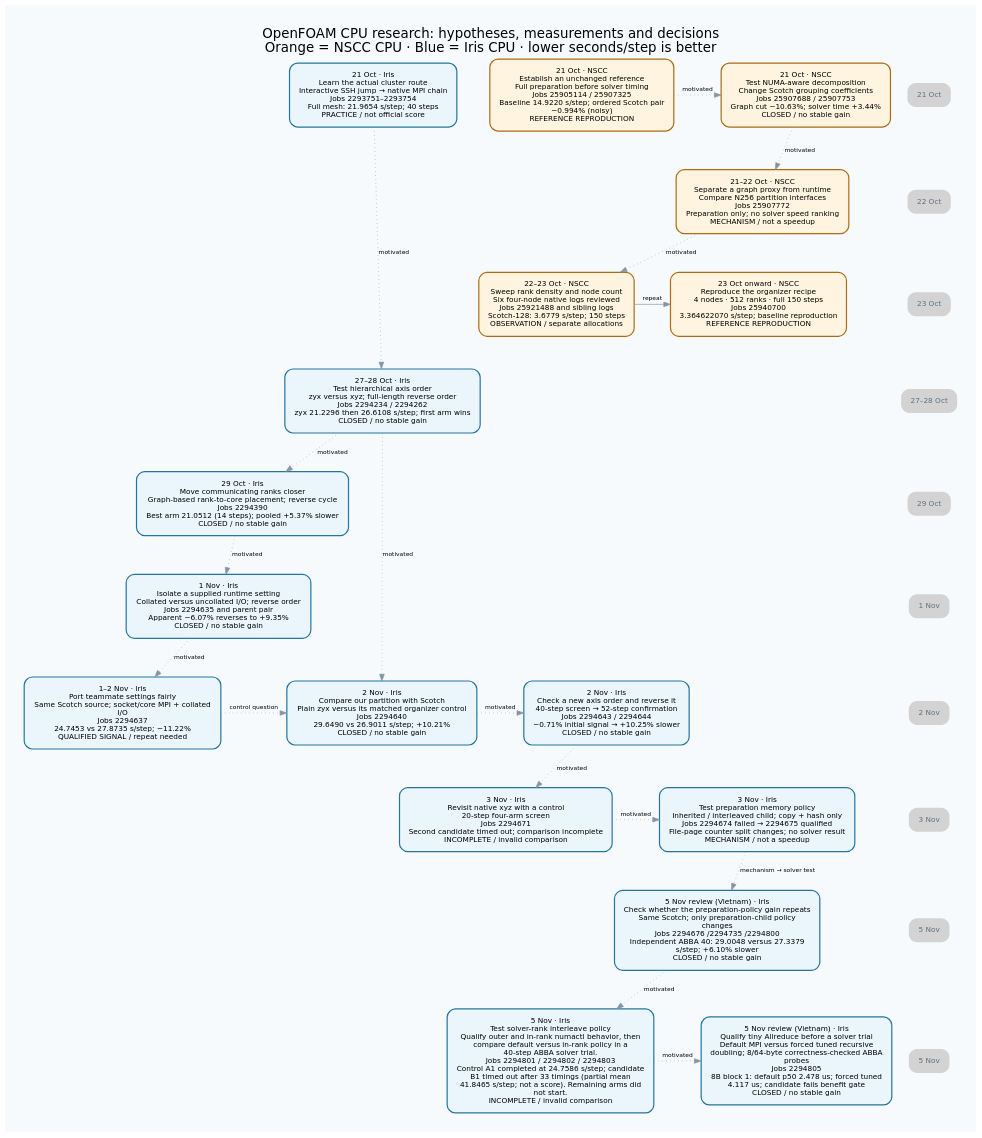
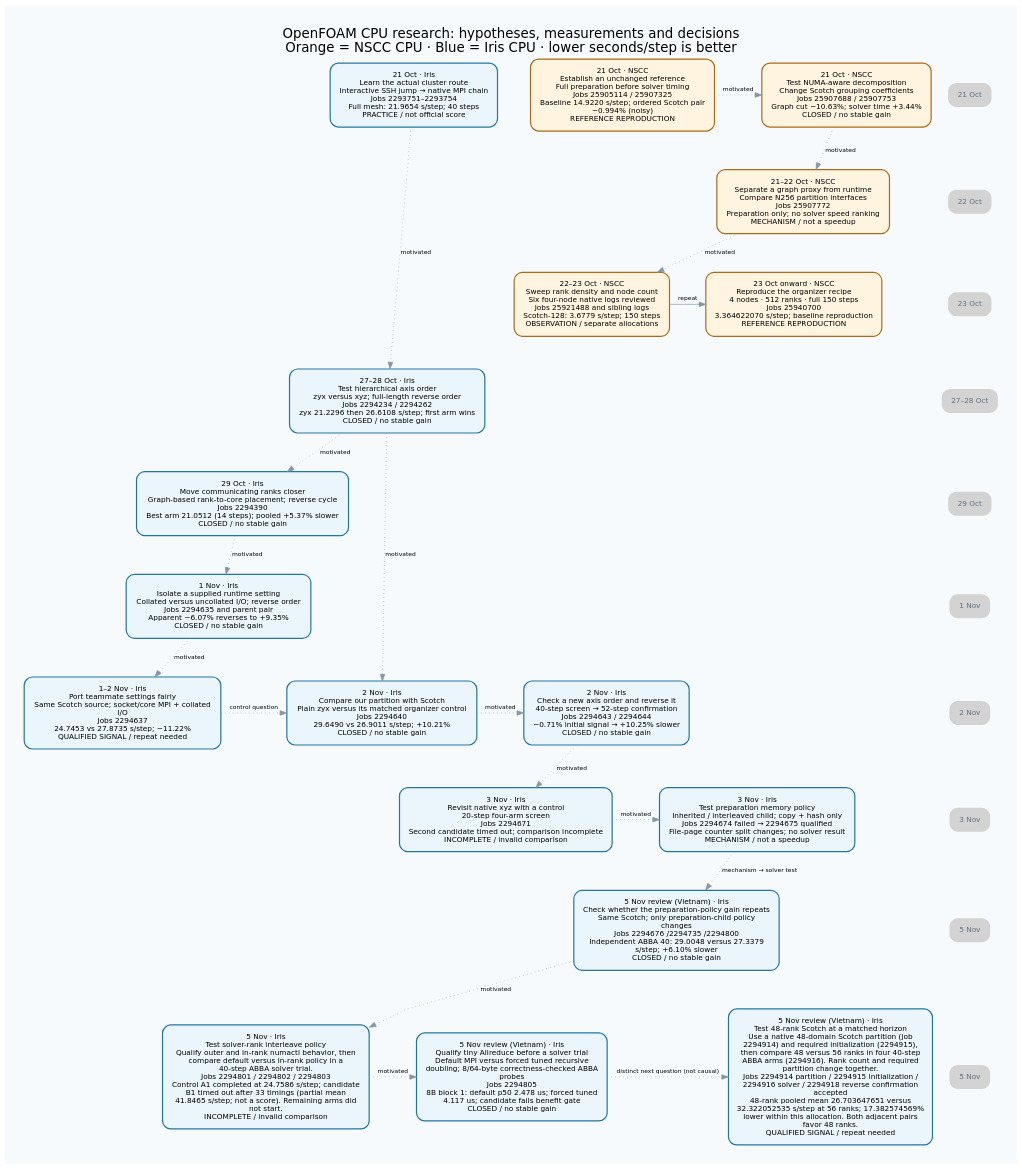
Before and after one commit to trungdangtapcode/apac-hpc-ai-2026: the diagram in workspace/reports/hpc-run-lineage-20261104/journey.dot, drawn with Graphviz. The commit also changed 30 other files, not shown here.

Commit message:
docs(hpc): publish qualified forty-step rank-density result in atlas

```diff
--- a/workspace/reports/hpc-run-lineage-20261104/journey.dot
+++ b/workspace/reports/hpc-run-lineage-20261104/journey.dot
@@ -1,74 +1,77 @@
 digraph hpc {
 graph [rankdir=TB,bgcolor="#f7fafc",pad="0.4",nodesep="0.35",ranksep="0.65",splines=polyline,fontname="DejaVu Sans",fontsize=20,label="OpenFOAM CPU research: hypotheses, measurements and decisions\nOrange = NSCC CPU · Blue = Iris CPU · lower seconds/step is better",labelloc=t];
 node [shape=box,style="rounded,filled",fontname="DejaVu Sans",fontsize=11,margin="0.20,0.16"];
 edge [color="#8595a4",fontname="DejaVu Sans",fontsize=9];
 "access" [label="21 Oct · Iris\nLearn the actual cluster route\nInteractive SSH jump → native MPI chain\nJobs 2293751–2293754\nFull mesh: 21.9654 s/step; 40 steps\nPRACTICE / not official score",color="#2476a1",fillcolor="#eaf5fc",penwidth=1.8,URL="../../../workspace/reports/hpc-research-journey-20261023/JOURNEY.md",tooltip="Full mesh: 21.9654 s/step; 40 steps | PRACTICE / not official score"];
 "baseline" [label="21 Oct · NSCC\nEstablish an unchanged reference\nFull preparation before solver timing\nJobs 25905114 / 25907325\nBaseline 14.9220 s/step; ordered Scotch pair\n−0.994% (noisy)\nREFERENCE REPRODUCTION",color="#ad6b17",fillcolor="#fff4df",penwidth=1.8,URL="../../../workspace/reports/hpc-research-journey-20261023/JOURNEY.md",tooltip="Baseline 14.9220 s/step; ordered Scotch pair −0.994% (noisy) | REFERENCE REPRODUCTION"];
 "numa" [label="21 Oct · NSCC\nTest NUMA-aware decomposition\nChange Scotch grouping coefficients\nJobs 25907688 / 25907753\nGraph cut −10.63%; solver time +3.44%\nCLOSED / no stable gain",color="#ad6b17",fillcolor="#fff4df",penwidth=1.8,URL="../../../workspace/reports/hpc-research-journey-20261023/JOURNEY.md",tooltip="Graph cut −10.63%; solver time +3.44% | CLOSED / no stable gain"];
 "graph" [label="21–22 Oct · NSCC\nSeparate a graph proxy from runtime\nCompare N256 partition interfaces\nJobs 25907772\nPreparation only; no solver speed ranking\nMECHANISM / not a speedup",color="#ad6b17",fillcolor="#fff4df",penwidth=1.8,URL="../../../workspace/reports/hpc-research-journey-20261023/JOURNEY.md",tooltip="Preparation only; no solver speed ranking | MECHANISM / not a speedup"];
 "density" [label="22–23 Oct · NSCC\nSweep rank density and node count\nSix four-node native logs reviewed\nJobs 25921488 and sibling logs\nScotch-128: 3.6779 s/step; 150 steps\nOBSERVATION / separate allocations",color="#ad6b17",fillcolor="#fff4df",penwidth=1.8,URL="../../../workspace/reports/hpc-research-journey-20261023/JOURNEY.md",tooltip="Scotch-128: 3.6779 s/step; 150 steps | OBSERVATION / separate allocations"];
 "confirm" [label="23 Oct onward · NSCC\nReproduce the organizer recipe\n4 nodes · 512 ranks · full 150 steps\nJobs 25940700\n3.364622070 s/step; baseline reproduction\nREFERENCE REPRODUCTION",color="#ad6b17",fillcolor="#fff4df",penwidth=1.8,URL="../../../workspace/notes/HPC_CURRENT.md",tooltip="3.364622070 s/step; baseline reproduction | REFERENCE REPRODUCTION"];
 "order" [label="27–28 Oct · Iris\nTest hierarchical axis order\nzyx versus xyz; full-length reverse order\nJobs 2294234 / 2294262\nzyx 21.2296 then 26.6108 s/step; first arm wins\nCLOSED / no stable gain",color="#2476a1",fillcolor="#eaf5fc",penwidth=1.8,URL="../../../workspace/reports/hpc-own-research-status-20261102/README.md",tooltip="zyx 21.2296 then 26.6108 s/step; first arm wins | CLOSED / no stable gain"];
 "place" [label="29 Oct · Iris\nMove communicating ranks closer\nGraph-based rank-to-core placement; reverse cycle\nJobs 2294390\nBest arm 21.0512 (14 steps); pooled +5.37% slower\nCLOSED / no stable gain",color="#2476a1",fillcolor="#eaf5fc",penwidth=1.8,URL="../../../2026-APAC-HPC-AI/hpc-experiments/iris-graphmap-reverse-20261029/completed-2294390/RESULTS.md",tooltip="Best arm 21.0512 (14 steps); pooled +5.37% slower | CLOSED / no stable gain"];
 "io" [label="1 Nov · Iris\nIsolate a supplied runtime setting\nCollated versus uncollated I/O; reverse order\nJobs 2294635 and parent pair\nApparent −6.07% reverses to +9.35%\nCLOSED / no stable gain",color="#2476a1",fillcolor="#eaf5fc",penwidth=1.8,URL="../../../workspace/reports/hpc-own-research-status-20261102/README.md",tooltip="Apparent −6.07% reverses to +9.35% | CLOSED / no stable gain"];
 "team" [label="1–2 Nov · Iris\nPort teammate settings fairly\nSame Scotch source; socket/core MPI + collated\nI/O\nJobs 2294637\n24.7453 vs 27.8735 s/step; −11.22%\nQUALIFIED SIGNAL / repeat needed",color="#2476a1",fillcolor="#eaf5fc",penwidth=1.8,URL="../../../workspace/reports/hpc-iris-comparison-20261103/README.md",tooltip="24.7453 vs 27.8735 s/step; −11.22% | QUALIFIED SIGNAL / repeat needed"];
 "zyx" [label="2 Nov · Iris\nCompare our partition with Scotch\nPlain zyx versus its matched organizer control\nJobs 2294640\n29.6490 vs 26.9011 s/step; +10.21%\nCLOSED / no stable gain",color="#2476a1",fillcolor="#eaf5fc",penwidth=1.8,URL="../../../workspace/reports/hpc-iris-comparison-20261103/README.md",tooltip="29.6490 vs 26.9011 s/step; +10.21% | CLOSED / no stable gain"];
 "xzy" [label="2 Nov · Iris\nCheck a new axis order and reverse it\n40-step screen → 52-step confirmation\nJobs 2294643 / 2294644\n−0.71% initial signal → +10.25% slower\nCLOSED / no stable gain",color="#2476a1",fillcolor="#eaf5fc",penwidth=1.8,URL="../../../workspace/reports/hpc-iris-comparison-20261103/README.md",tooltip="−0.71% initial signal → +10.25% slower | CLOSED / no stable gain"];
 "xyz" [label="3 Nov · Iris\nRevisit native xyz with a control\n20-step four-arm screen\nJobs 2294671\nSecond candidate timed out; comparison incomplete\nINCOMPLETE / invalid comparison",color="#2476a1",fillcolor="#eaf5fc",penwidth=1.8,URL="../../../workspace/reports/hpc-iris-comparison-20261103/README.md",tooltip="Second candidate timed out; comparison incomplete | INCOMPLETE / invalid comparison"];
 "prep" [label="3 Nov · Iris\nTest preparation memory policy\nInherited / interleaved child; copy + hash only\nJobs 2294674 failed → 2294675 qualified\nFile-page counter split changes; no solver result\nMECHANISM / not a speedup",color="#2476a1",fillcolor="#eaf5fc",penwidth=1.8,URL="../../../workspace/reports/hpc-iris-comparison-20261103/README.md",tooltip="File-page counter split changes; no solver result | MECHANISM / not a speedup"];
 "native" [label="5 Nov review (Vietnam) · Iris\nCheck whether the preparation-policy gain repeats\nSame Scotch; only preparation-child policy\nchanges\nJobs 2294676 /2294735 /2294800\nIndependent ABBA 40: 29.0048 versus 27.3379\ns/step; +6.10% slower\nCLOSED / no stable gain",color="#2476a1",fillcolor="#eaf5fc",penwidth=1.8,URL="../../../2026-APAC-HPC-AI/hpc-experiments/iris-preparation-repeat40-20261104/completed-2294800/RESULTS.md",tooltip="Independent ABBA 40: 29.0048 versus 27.3379 s/step; +6.10% slower | CLOSED / no stable gain"];
 "rank_policy" [label="5 Nov · Iris\nTest solver-rank interleave policy\nQualify outer and in-rank numactl behavior, then\ncompare default versus in-rank policy in a\n40-step ABBA solver trial.\nJobs 2294801 / 2294802 / 2294803\nControl A1 completed at 24.7586 s/step; candidate\nB1 timed out after 33 timings (partial mean\n41.8465 s/step; not a score). Remaining arms did\nnot start.\nINCOMPLETE / invalid comparison",color="#2476a1",fillcolor="#eaf5fc",penwidth=1.8,URL="../../../2026-APAC-HPC-AI/hpc-experiments/iris-solver-rank-interleave40-20261105/completed-2294803/REVIEW.json",tooltip="Control A1 completed at 24.7586 s/step; candidate B1 timed out after 33 timings (partial mean 41.8465 s/step; not a score). Remaining arms did not start. | INCOMPLETE / invalid comparison"];
 "allreduce" [label="5 Nov review (Vietnam) · Iris\nQualify tiny Allreduce before a solver trial\nDefault MPI versus forced tuned recursive\ndoubling; 8/64-byte correctness-checked ABBA\nprobes\nJobs 2294805\n8B block 1: default p50 2.478 us; forced tuned\n4.117 us; candidate fails benefit gate\nCLOSED / no stable gain",color="#2476a1",fillcolor="#eaf5fc",penwidth=1.8,URL="../../../2026-APAC-HPC-AI/hpc-experiments/iris-allreduce-qualify-20261105/completed-2294805/RESULTS.md",tooltip="8B block 1: default p50 2.478 us; forced tuned 4.117 us; candidate fails benefit gate | CLOSED / no stable gain"];
+"rank_density" [label="5 Nov review (Vietnam) · Iris\nTest 48-rank Scotch at a matched horizon\nUse a native 48-domain Scotch partition (job\n2294914) and required initialization (2294915),\nthen compare 48 versus 56 ranks in four 40-step\nABBA arms (2294916). Rank count and required\npartition change together.\nJobs 2294914 partition / 2294915 initialization /\n2294916 solver / 2294918 reverse confirmation\naccepted\n48-rank pooled mean 26.703647651 versus\n32.322052535 s/step at 56 ranks; 17.382574569%\nlower within this allocation. Both adjacent pairs\nfavor 48 ranks.\nQUALIFIED SIGNAL / repeat needed",color="#2476a1",fillcolor="#eaf5fc",penwidth=1.8,URL="../../../2026-APAC-HPC-AI/hpc-experiments/iris-rank-density40-20261105/completed-2294916/RESULTS.md",tooltip="48-rank pooled mean 26.703647651 versus 32.322052535 s/step at 56 ranks; 17.382574569% lower within this allocation. Both adjacent pairs favor 48 ranks. | QUALIFIED SIGNAL / repeat needed"];
 "access" -> "order" [constraint=false,style=dotted,label="motivated"];
 "baseline" -> "numa" [constraint=false,style=dotted,label="motivated"];
 "numa" -> "graph" [constraint=false,style=dotted,label="motivated"];
 "graph" -> "density" [constraint=false,style=dotted,label="motivated"];
 "density" -> "confirm" [constraint=false,style=solid,label="repeat"];
 "order" -> "place" [constraint=false,style=dotted,label="motivated"];
 "place" -> "io" [constraint=false,style=dotted,label="motivated"];
 "io" -> "team" [constraint=false,style=dotted,label="motivated"];
 "order" -> "zyx" [constraint=false,style=dotted,label="motivated"];
 "team" -> "zyx" [constraint=false,style=dotted,label="control question"];
 "zyx" -> "xzy" [constraint=false,style=dotted,label="motivated"];
 "xzy" -> "xyz" [constraint=false,style=dotted,label="motivated"];
 "xyz" -> "prep" [constraint=false,style=dotted,label="motivated"];
 "prep" -> "native" [constraint=false,style=dotted,label="mechanism → solver test"];
 "native" -> "rank_policy" [constraint=false,style=dotted,label="motivated"];
 "rank_policy" -> "allreduce" [constraint=false,style=dotted,label="motivated"];
+"allreduce" -> "rank_density" [constraint=false,style=dotted,label="distinct next question (not causal)"];
 date0 [shape=plaintext,label="21 Oct",fontcolor="#607080"];
 {rank=same;date0;"access";"baseline";"numa";}
 "access" -> "baseline" [style=invis,weight=10];
 "baseline" -> "numa" [style=invis,weight=10];
 date1 [shape=plaintext,label="22 Oct",fontcolor="#607080"];
 {rank=same;date1;"graph";}
 date0 -> date1 [style=invis,weight=100];
 date2 [shape=plaintext,label="23 Oct",fontcolor="#607080"];
 {rank=same;date2;"density";"confirm";}
 "density" -> "confirm" [style=invis,weight=10];
 date1 -> date2 [style=invis,weight=100];
 date3 [shape=plaintext,label="27–28 Oct",fontcolor="#607080"];
 {rank=same;date3;"order";}
 date2 -> date3 [style=invis,weight=100];
 date4 [shape=plaintext,label="29 Oct",fontcolor="#607080"];
 {rank=same;date4;"place";}
 date3 -> date4 [style=invis,weight=100];
 date5 [shape=plaintext,label="1 Nov",fontcolor="#607080"];
 {rank=same;date5;"io";}
 date4 -> date5 [style=invis,weight=100];
 date6 [shape=plaintext,label="2 Nov",fontcolor="#607080"];
 {rank=same;date6;"team";"zyx";"xzy";}
 "team" -> "zyx" [style=invis,weight=10];
 "zyx" -> "xzy" [style=invis,weight=10];
 date5 -> date6 [style=invis,weight=100];
 date7 [shape=plaintext,label="3 Nov",fontcolor="#607080"];
 {rank=same;date7;"xyz";"prep";}
 "xyz" -> "prep" [style=invis,weight=10];
 date6 -> date7 [style=invis,weight=100];
 date8 [shape=plaintext,label="5 Nov",fontcolor="#607080"];
 {rank=same;date8;"native";}
 date7 -> date8 [style=invis,weight=100];
 date9 [shape=plaintext,label="5 Nov",fontcolor="#607080"];
-{rank=same;date9;"rank_policy";"allreduce";}
+{rank=same;date9;"rank_policy";"allreduce";"rank_density";}
 "rank_policy" -> "allreduce" [style=invis,weight=10];
+"allreduce" -> "rank_density" [style=invis,weight=10];
 date8 -> date9 [style=invis,weight=100];
 }
```
